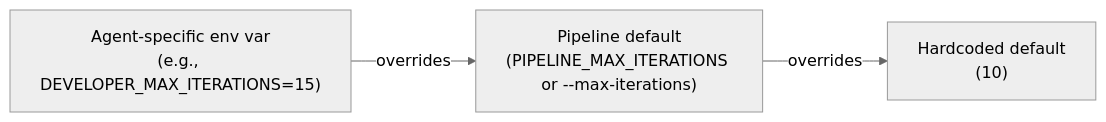
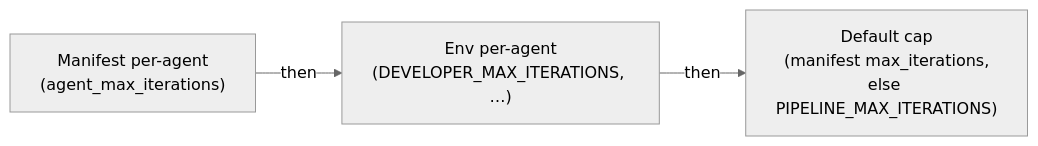
One commit to delehner/coding-agents changed the third of 3 diagrams in docs/ralph-loop.md. Above: the diagram before and after it, drawn with Mermaid (neutral theme). The commit also changed other lines of this file and 15 other files, not shown here.

````diff
--- a/docs/ralph-loop.md
+++ b/docs/ralph-loop.md
@@ -77,8 +85,8 @@
 ```mermaid
 flowchart LR
-    A["Agent-specific env var\n(e.g., DEVELOPER_MAX_ITERATIONS=15)"]
-    B["Pipeline default\n(PIPELINE_MAX_ITERATIONS or --max-iterations)"]
-    C["Hardcoded default\n(10)"]
+    M["Manifest per-agent\n(agent_max_iterations)"]
+    E["Env per-agent\n(DEVELOPER_MAX_ITERATIONS, …)"]
+    D["Default cap\n(manifest max_iterations,\nelse PIPELINE_MAX_ITERATIONS)"]
 
-    A -->|overrides| B -->|overrides| C
+    M -->|then| E -->|then| D
 ```
````
